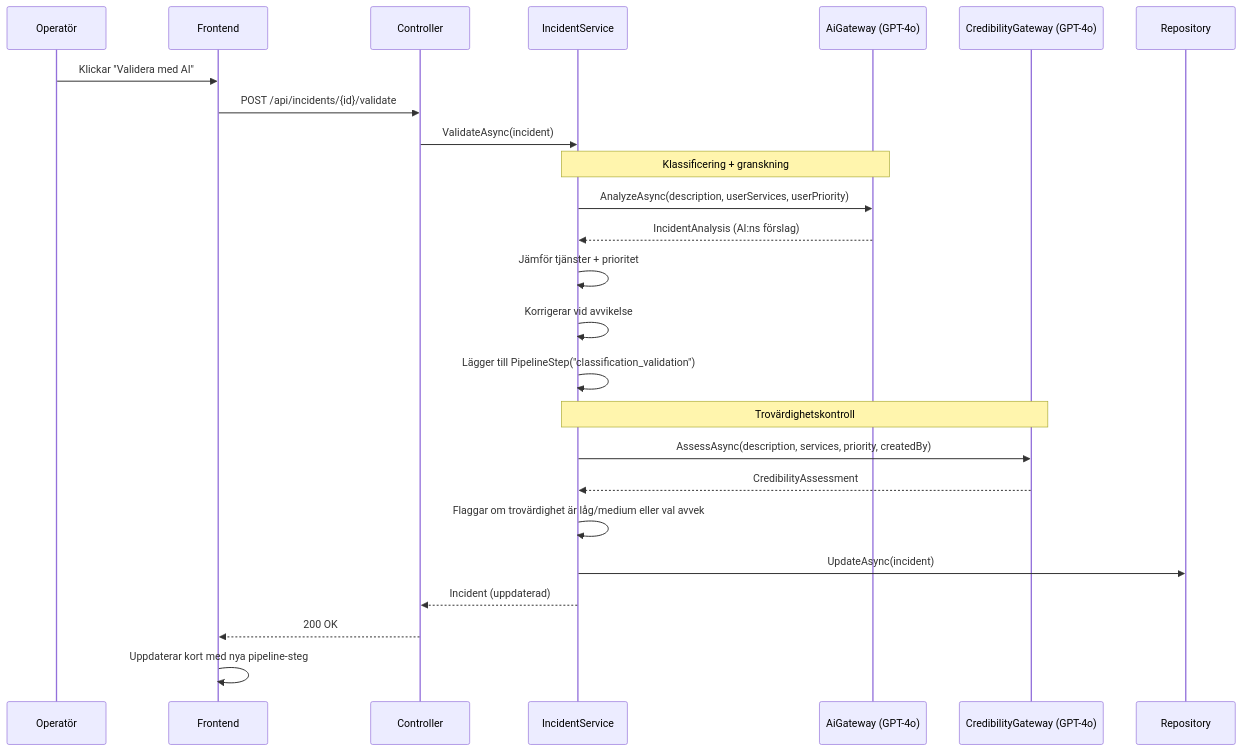
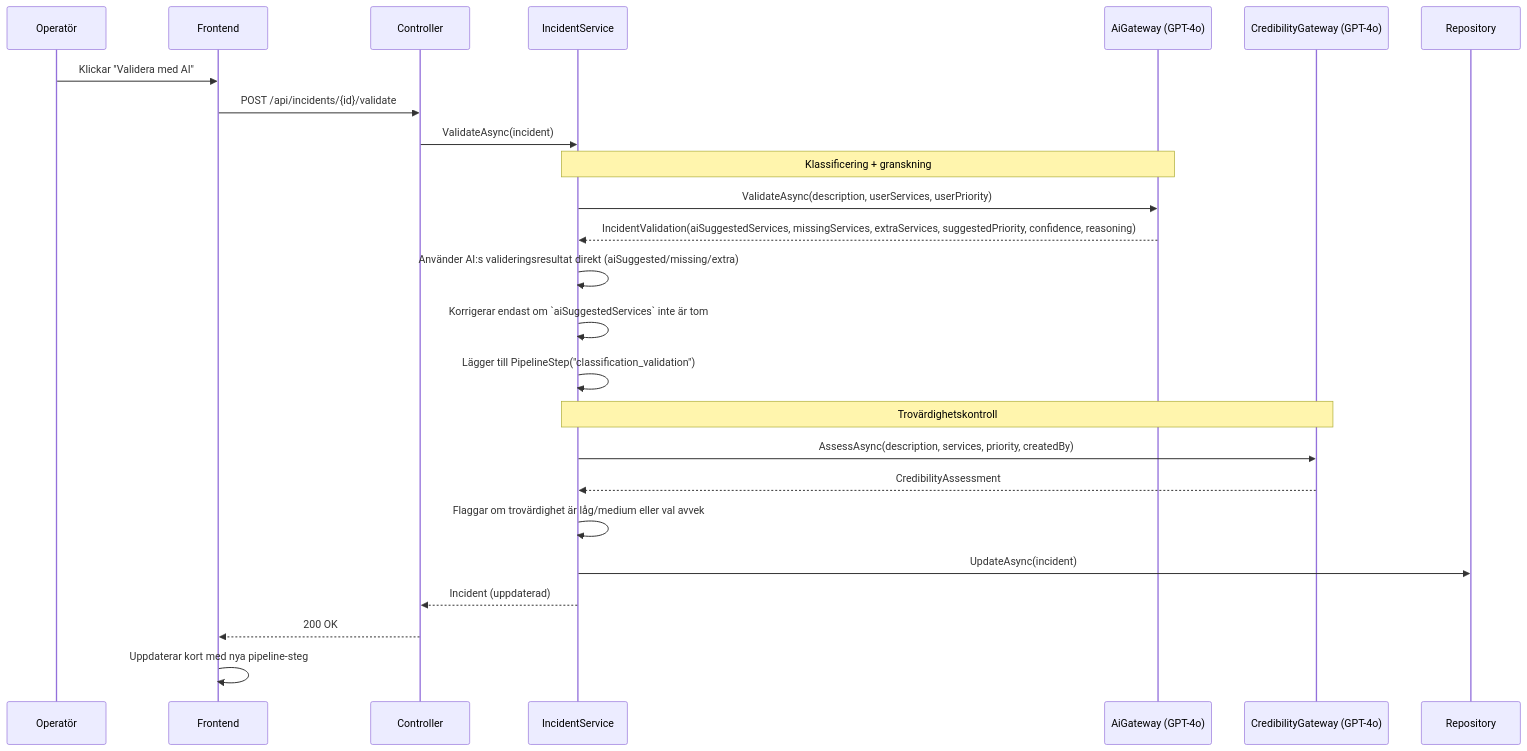
The second of 2 diagrams in docs/AI_FLOW.md (jamhuss/agentic-112), drawn with Mermaid before and after one commit. The commit also changed 11 other files, not shown here.

````diff
--- a/docs/AI_FLOW.md
+++ b/docs/AI_FLOW.md
@@ -60,32 +60,32 @@
 ```mermaid
 sequenceDiagram
     participant U as Operatör
     participant FE as Frontend
     participant API as Controller
     participant SVC as IncidentService
     participant AI as AiGateway (GPT-4o)
     participant CRED as CredibilityGateway (GPT-4o)
     participant DB as Repository
 
     U->>FE: Klickar "Validera med AI"
     FE->>API: POST /api/incidents/{id}/validate
     API->>SVC: ValidateAsync(incident)
     
     Note over SVC,AI: Klassificering + granskning
-    SVC->>AI: AnalyzeAsync(description, userServices, userPriority)
-    AI-->>SVC: IncidentAnalysis (AI:ns förslag)
-    
-    SVC->>SVC: Jämför tjänster + prioritet
-    SVC->>SVC: Korrigerar vid avvikelse
+    SVC->>AI: ValidateAsync(description, userServices, userPriority)
+    AI-->>SVC: IncidentValidation(aiSuggestedServices, missingServices, extraServices, suggestedPriority, confidence, reasoning)
+
+    SVC->>SVC: Använder AI:s valideringsresultat direkt (aiSuggested/missing/extra)
+    SVC->>SVC: Korrigerar endast om `aiSuggestedServices` inte är tom
     SVC->>SVC: Lägger till PipelineStep("classification_validation")
     
     Note over SVC,CRED: Trovärdighetskontroll
     SVC->>CRED: AssessAsync(description, services, priority, createdBy)
     CRED-->>SVC: CredibilityAssessment
     
     SVC->>SVC: Flaggar om trovärdighet är låg/medium eller val avvek
     SVC->>DB: UpdateAsync(incident)
     SVC-->>API: Incident (uppdaterad)
     API-->>FE: 200 OK
     FE->>FE: Uppdaterar kort med nya pipeline-steg
 ```
````
